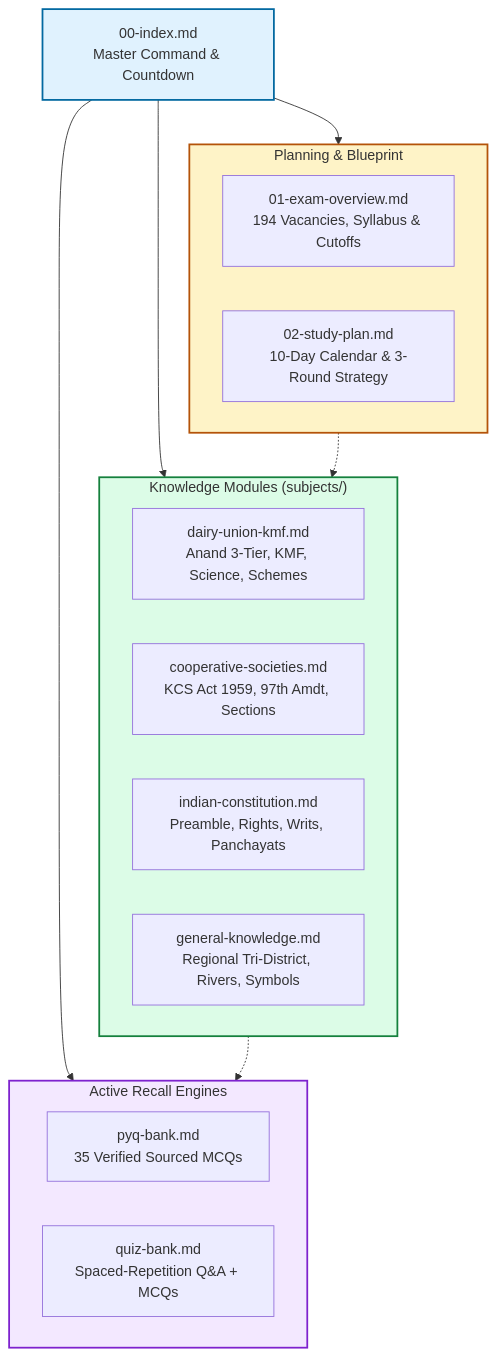
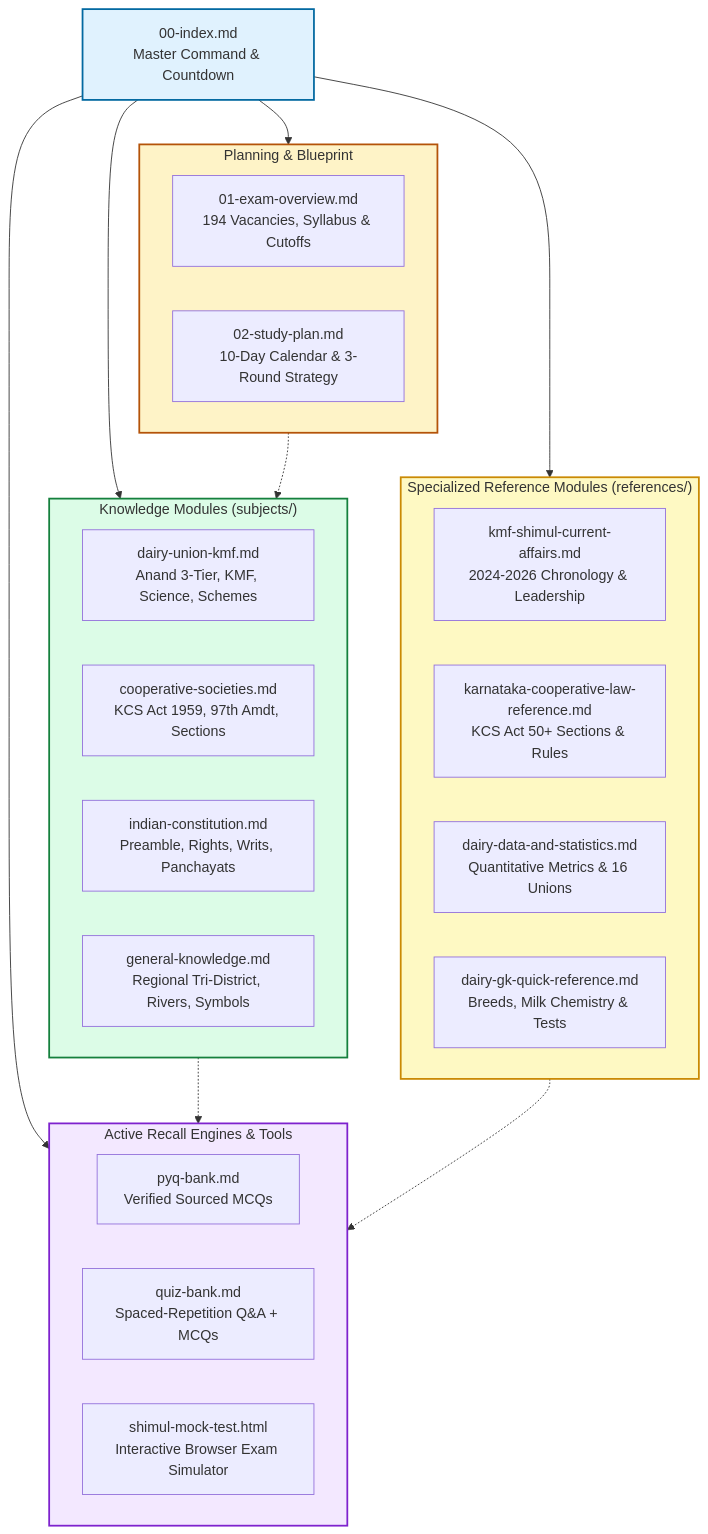
One commit to Sinister-Doc/Study_Vault changed the third of 3 diagrams in Shimul/00-index.md. Above: the diagram before and after it, drawn with Mermaid. The commit also changed other lines of this file and 15 other files, not shown here.

````diff
--- a/Shimul/00-index.md
+++ b/Shimul/00-index.md
@@ -83,33 +83,44 @@
 ```mermaid
 flowchart TD
     Home["00-index.md<br/>Master Command & Countdown"]
     
     subgraph Plan["Planning & Blueprint"]
         P1["01-exam-overview.md<br/>194 Vacancies, Syllabus & Cutoffs"]
         P2["02-study-plan.md<br/>10-Day Calendar & 3-Round Strategy"]
     end
 
     subgraph Subjects["Knowledge Modules (subjects/)"]
         Sub1["dairy-union-kmf.md<br/>Anand 3-Tier, KMF, Science, Schemes"]
         Sub2["cooperative-societies.md<br/>KCS Act 1959, 97th Amdt, Sections"]
         Sub3["indian-constitution.md<br/>Preamble, Rights, Writs, Panchayats"]
         Sub4["general-knowledge.md<br/>Regional Tri-District, Rivers, Symbols"]
     end
 
-    subgraph Drill["Active Recall Engines"]
-        T1["pyq-bank.md<br/>35 Verified Sourced MCQs"]
+    subgraph Drill["Active Recall Engines & Tools"]
+        T1["pyq-bank.md<br/>Verified Sourced MCQs"]
         T2["quiz-bank.md<br/>Spaced-Repetition Q&A + MCQs"]
+        T3["shimul-mock-test.html<br/>Interactive Browser Exam Simulator"]
+    end
+
+    subgraph Ref["Specialized Reference Modules (references/)"]
+        R1["kmf-shimul-current-affairs.md<br/>2024-2026 Chronology & Leadership"]
+        R2["karnataka-cooperative-law-reference.md<br/>KCS Act 50+ Sections & Rules"]
+        R3["dairy-data-and-statistics.md<br/>Quantitative Metrics & 16 Unions"]
+        R4["dairy-gk-quick-reference.md<br/>Breeds, Milk Chemistry & Tests"]
     end
 
     Home --> Plan
     Home --> Subjects
+    Home --> Ref
     Home --> Drill
     
     Subjects -.-> Drill
     Plan -.-> Subjects
+    Ref -.-> Drill
 
     style Home fill:#e0f2fe,stroke:#0369a1,stroke-width:2px
     style Plan fill:#fef3c7,stroke:#b45309,stroke-width:2px
     style Subjects fill:#dcfce7,stroke:#15803d,stroke-width:2px
+    style Ref fill:#fef9c3,stroke:#ca8a04,stroke-width:2px
     style Drill fill:#f3e8ff,stroke:#7e22ce,stroke-width:2px
 ```
````
